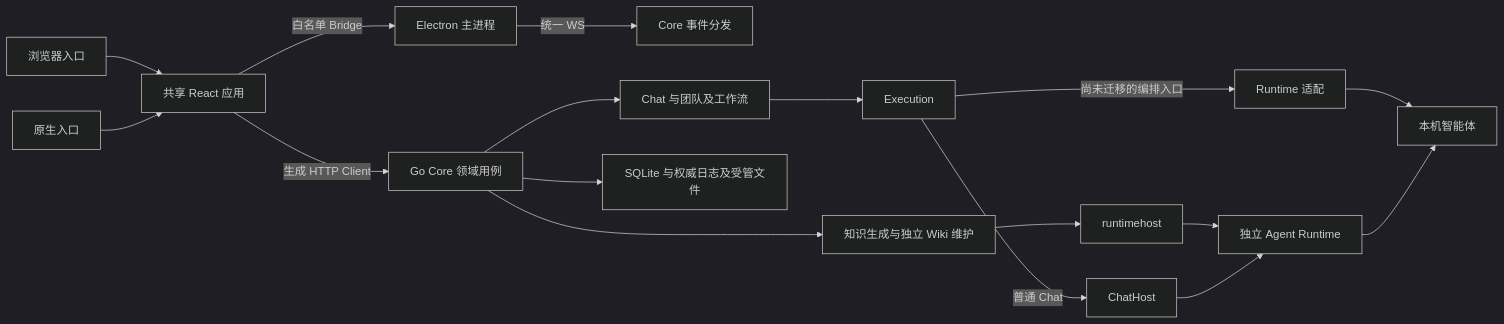
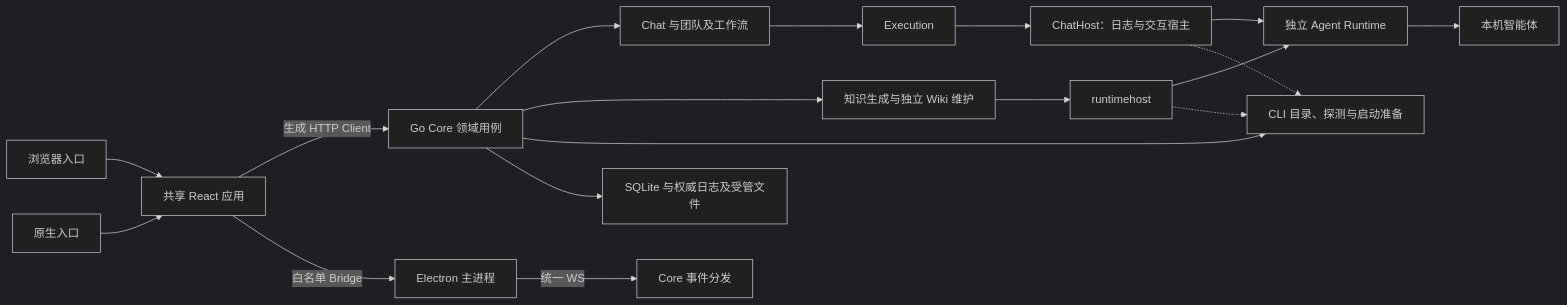
Before and after one commit to JieWaZi/NeuxBot: the diagram in docs/architecture/overview-cn.md, drawn with Mermaid (dark theme). The commit also changed other lines of this file and 88 other files, not shown here.

````diff
--- a/docs/architecture/overview-cn.md
+++ b/docs/architecture/overview-cn.md
@@ -5,19 +5,20 @@
 ```mermaid
 flowchart LR
   Web[浏览器入口] --> UI[共享 React 应用]
   Native[原生入口] --> UI
   UI -->|生成 HTTP Client| Core[Go Core 领域用例]
   UI -->|白名单 Bridge| Desktop[Electron 主进程]
   Desktop -->|统一 WS| Events[Core 事件分发]
   Core --> Chat[Chat 与团队及工作流]
   Chat --> Execution[Execution]
-  Execution -->|普通 Chat| ChatHost[ChatHost]
-  Execution -->|尚未迁移的编排入口| Runtime[Runtime 适配]
-  Runtime --> CLI[本机智能体]
+  Execution --> ChatHost[ChatHost：日志与交互宿主]
   Core --> Knowledge[知识生成与独立 Wiki 维护]
   Knowledge --> Host[runtimehost]
   Host --> AgentRuntime[独立 Agent Runtime]
   ChatHost --> AgentRuntime
-  AgentRuntime --> CLI
+  AgentRuntime --> CLI[本机智能体]
+  Core --> Environment[CLI 目录、探测与启动准备]
+  ChatHost -.-> Environment
+  Host -.-> Environment
   Core --> Store[SQLite 与权威日志及受管文件]
 ```
````
